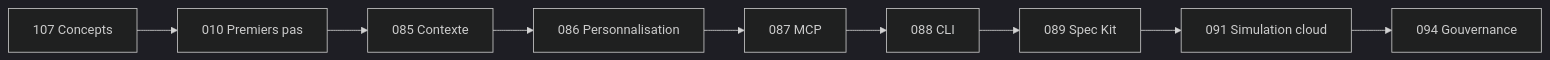
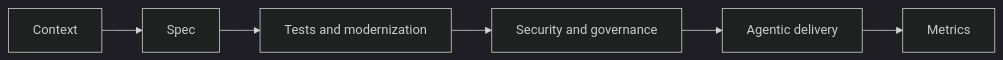
One commit to lcarli/AI-LearningHub changed the diagram in docs/docs/fr/paths/copilot/index.md. Above: the diagram before and after it, drawn with Mermaid (dark theme). The commit also changed other lines of this file and 291 other files, not shown here.

Commit message:
Implement roadmap phase 2 curriculum and kits

````diff
--- a/docs/docs/fr/paths/copilot/index.md
+++ b/docs/docs/fr/paths/copilot/index.md
@@ -32,11 +5,8 @@
 ```mermaid
 flowchart LR
-  L107[107 Concepts] --> L010[010 Premiers pas]
-  L010 --> L085[085 Contexte]
-  L085 --> L086[086 Personnalisation]
-  L086 --> L087[087 MCP]
-  L087 --> L088[088 CLI]
-  L088 --> L089[089 Spec Kit]
-  L089 --> L091[091 Simulation cloud]
-  L091 --> L094[094 Gouvernance]
+  C[Context] --> S[Spec]
+  S --> T[Tests and modernization]
+  T --> G[Security and governance]
+  G --> A[Agentic delivery]
+  A --> M[Metrics]
 ```
````
